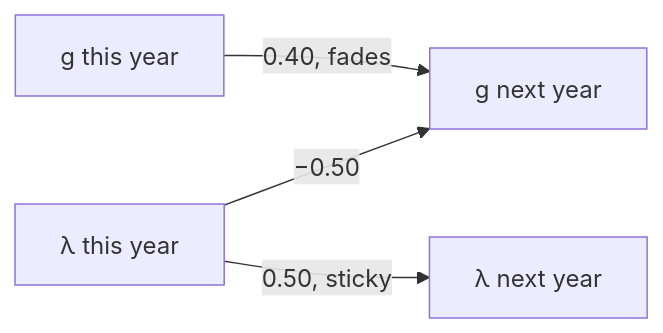
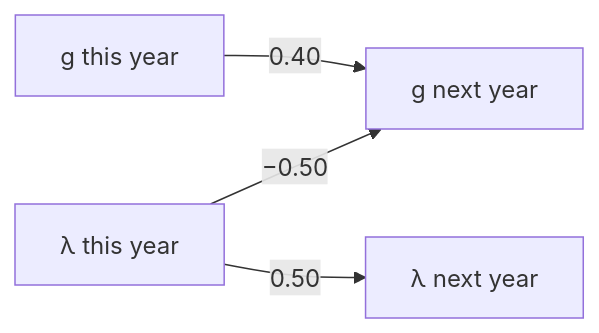
The first of 3 diagrams in docs/guide/numerical.md (tlorans/varvaluation), drawn with Mermaid before and after one commit. The commit also changed other lines of this file and 3 other files, not shown here.

````diff
--- a/docs/guide/numerical.md
+++ b/docs/guide/numerical.md
@@ -45,6 +90,6 @@
 ```mermaid
 flowchart LR
-  g["g this year"] -->|"0.40, fades"| g2["g next year"]
-  lam["λ this year"] -->|"0.50, sticky"| lam2["λ next year"]
+  g["g this year"] -->|"0.40"| g2["g next year"]
+  lam["λ this year"] -->|"0.50"| lam2["λ next year"]
   lam -->|"−0.50"| g2
 ```
````
